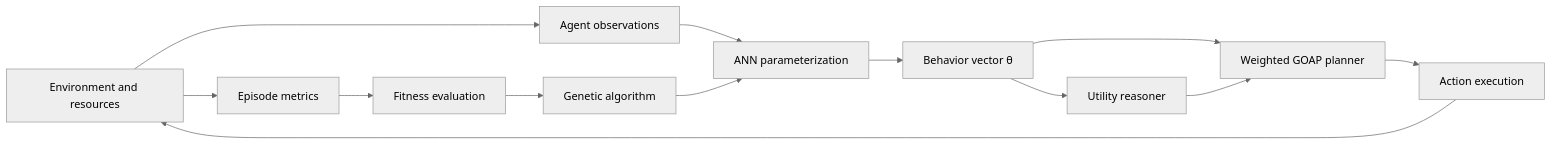
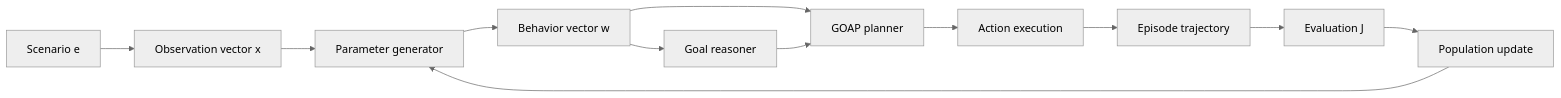
One commit to luketwilson1/Scenario-Forge changed the diagram in README.md. Above: the diagram before and after it, drawn with Mermaid (neutral theme). The commit also changed other lines of this file, not shown here.

````diff
--- a/README.md
+++ b/README.md
@@ -70,15 +140,14 @@
 ```mermaid
 flowchart LR
-    E["Environment and resources"] --> O["Agent observations"]
-    O --> N["ANN parameterization"]
-    N --> P["Behavior vector θ"]
-    P --> R["Utility reasoner"]
-    P --> G["Weighted GOAP planner"]
+    S["Scenario e"] --> X["Observation vector x"]
+    X --> P["Parameter generator"]
+    P --> W["Behavior vector w"]
+    W --> R["Goal reasoner"]
+    W --> G["GOAP planner"]
     R --> G
     G --> A["Action execution"]
-    A --> E
-    E --> M["Episode metrics"]
-    M --> F["Fitness evaluation"]
-    F --> GA["Genetic algorithm"]
-    GA --> N
+    A --> T["Episode trajectory"]
+    T --> J["Evaluation J"]
+    J --> U["Population update"]
+    U --> P
 ```
````
